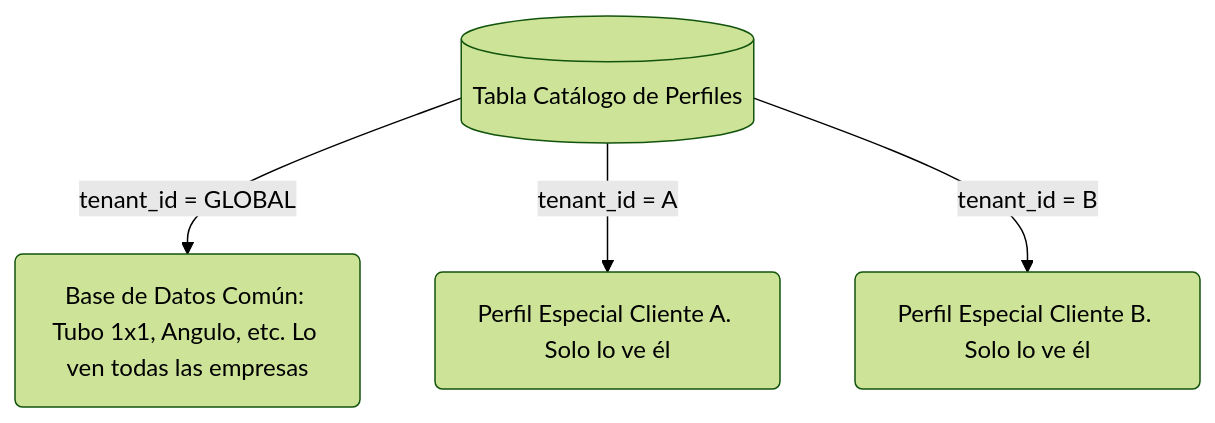
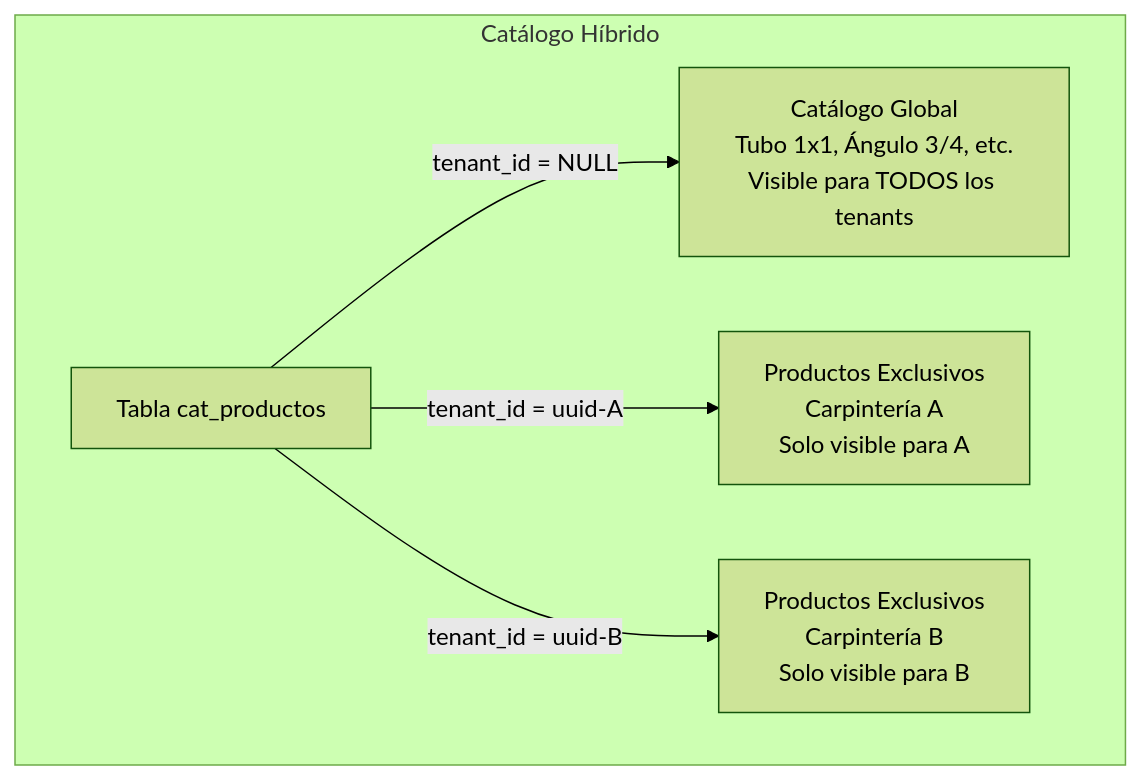
Before and after one commit to redentor159/sistema-erp-inventario: the fourth of 5 diagrams in docs/18_GUIA_MIGRACION_SAAS.md, drawn with Mermaid (forest theme). The commit also changed other lines of this file and 3 other files, not shown here.

Commit message:
docs: refactorizar analisis de negocio y guia de migracion SaaS con diagramas Mermaid y tablas de alta densidad

````diff
--- a/docs/18_GUIA_MIGRACION_SAAS.md
+++ b/docs/18_GUIA_MIGRACION_SAAS.md
@@ -113,7 +239,8 @@
 ```mermaid
 graph TD
-    Cat[(Tabla Catálogo de Perfiles)]
-    Cat -- tenant_id = GLOBAL --> Todos(Base de Datos Común: Tubo 1x1, Angulo, etc. Lo ven todas las empresas)
-    Cat -- tenant_id = A --> EmpresaA(Perfil Especial Cliente A. Solo lo ve él)
-    Cat -- tenant_id = B --> EmpresaB(Perfil Especial Cliente B. Solo lo ve él)
+    subgraph Catálogo Híbrido
+        CAT["Tabla cat_productos"] -- "tenant_id = NULL" --> G["Catálogo Global<br/>Tubo 1x1, Ángulo 3/4, etc.<br/>Visible para TODOS los tenants"]
+        CAT -- "tenant_id = uuid-A" --> A["Productos Exclusivos<br/>Carpintería A<br/>Solo visible para A"]
+        CAT -- "tenant_id = uuid-B" --> B["Productos Exclusivos<br/>Carpintería B<br/>Solo visible para B"]
+    end
 ```
````
